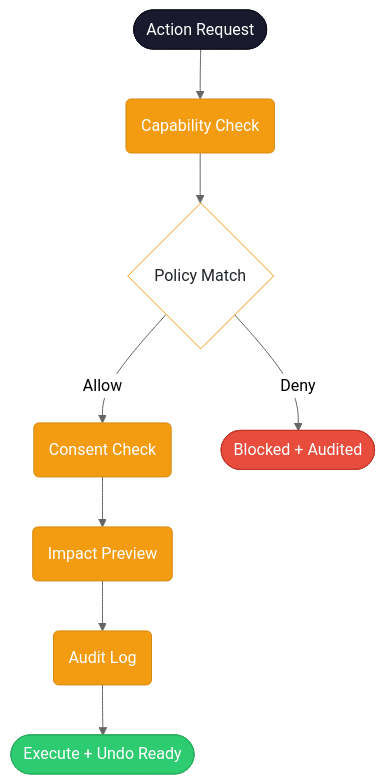
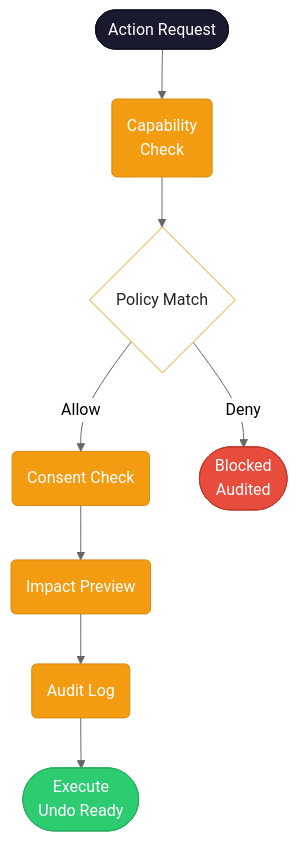
One commit to abalmalvez-lab/AntOS changed the third of 5 diagrams in AntOS-Features-and-Capabilities_v1.md. Above: the diagram before and after it, drawn with Mermaid (neutral theme). The commit also changed other lines of this file, not shown here.

Commit message:
docs: aggressively narrow mermaid labels (<=14 chars/line) for GitHub viewport

````diff
--- a/AntOS-Features-and-Capabilities_v1.md
+++ b/AntOS-Features-and-Capabilities_v1.md
@@ -196,22 +196,22 @@
 ```mermaid
 %%{init: {"flowchart": {"useMaxWidth": true}}}%%
 flowchart TD
     classDef terminal fill:#1a1a2e,stroke:#0f0f1e,color:#fff
     classDef gate fill:#f39c12,stroke:#d68910,color:#fff
     classDef decision fill:#fff,stroke:#f39c12,color:#212529
     classDef success fill:#2ecc71,stroke:#27ae60,color:#fff
     classDef danger fill:#e74c3c,stroke:#c0392b,color:#fff
 
-    req([Action Request]) --> cap(Capability Check)
+    req([Action Request]) --> cap(Capability<br/>Check)
     cap --> pol{Policy Match}
     pol -->|Allow| con(Consent Check)
-    pol -->|Deny| blocked([Blocked + Audited])
+    pol -->|Deny| blocked([Blocked<br/>Audited])
     con --> imp(Impact Preview)
     imp --> aud(Audit Log)
-    aud --> exec([Execute + Undo Ready])
+    aud --> exec([Execute<br/>Undo Ready])
     class req terminal
     class cap,con,imp,aud gate
     class pol decision
     class blocked danger
     class exec success
 ```
````
